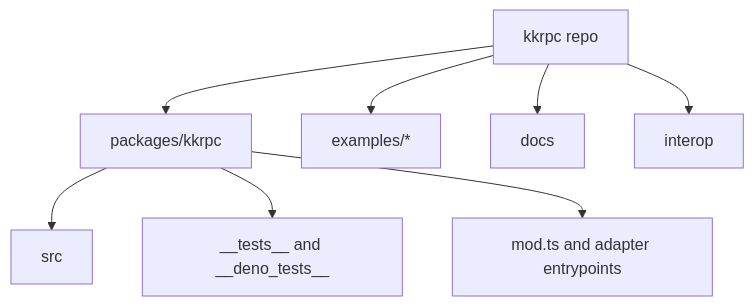
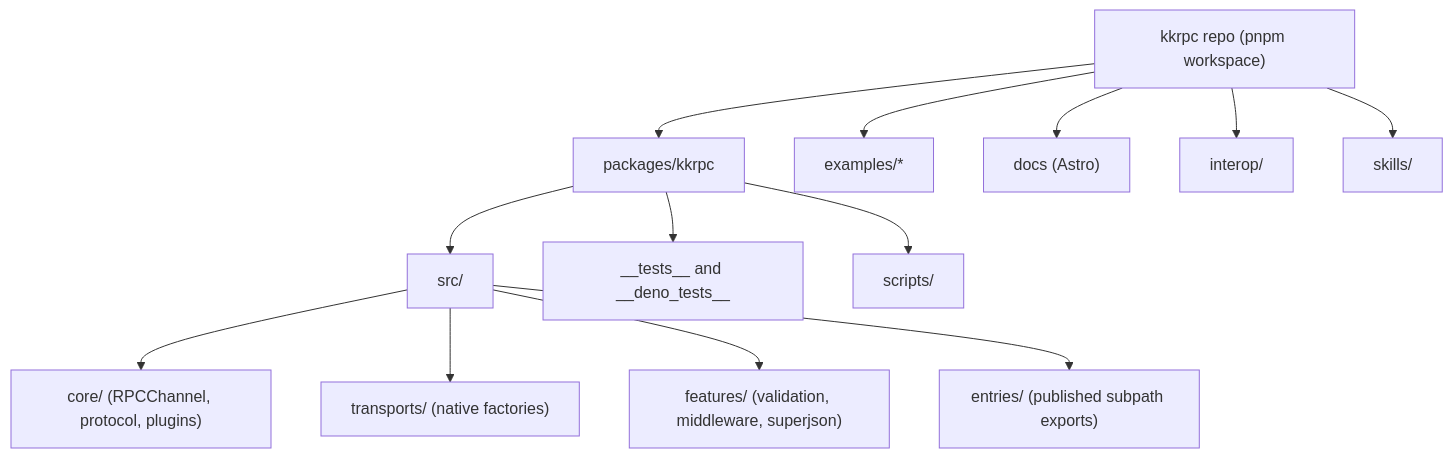
The first of 3 diagrams in .repowiki/en/content/System Overview.md (kunkunsh/kkrpc), drawn with Mermaid before and after one commit. The commit also changed other lines of this file and 11 other files, not shown here.

First line of the commit message:
refactor: update transport architecture and documentation

````diff
--- a/.repowiki/en/content/System Overview.md
+++ b/.repowiki/en/content/System Overview.md
@@ -40,10 +44,15 @@
 ```mermaid
 graph TD
-    Root[kkrpc repo] --> Core[packages/kkrpc]
-    Root --> Examples[examples/*]
-    Root --> Docs[docs]
-    Root --> Interop[interop]
-    Core --> Src[src]
-    Core --> Tests[__tests__ and __deno_tests__]
-    Core --> Entrypoints[mod.ts and adapter entrypoints]
+    Root["kkrpc repo (pnpm workspace)"] --> Core["packages/kkrpc"]
+    Root --> Examples["examples/*"]
+    Root --> Docs["docs (Astro)"]
+    Root --> Interop["interop/"]
+    Root --> Skills["skills/"]
+    Core --> Src["src/"]
+    Core --> Tests["__tests__ and __deno_tests__"]
+    Core --> Scripts["scripts/"]
+    Src --> CoreDir["core/ (RPCChannel, protocol, plugins)"]
+    Src --> Transports["transports/ (native factories)"]
+    Src --> Features["features/ (validation, middleware, superjson)"]
+    Src --> Entries["entries/ (published subpath exports)"]
 ```
````
